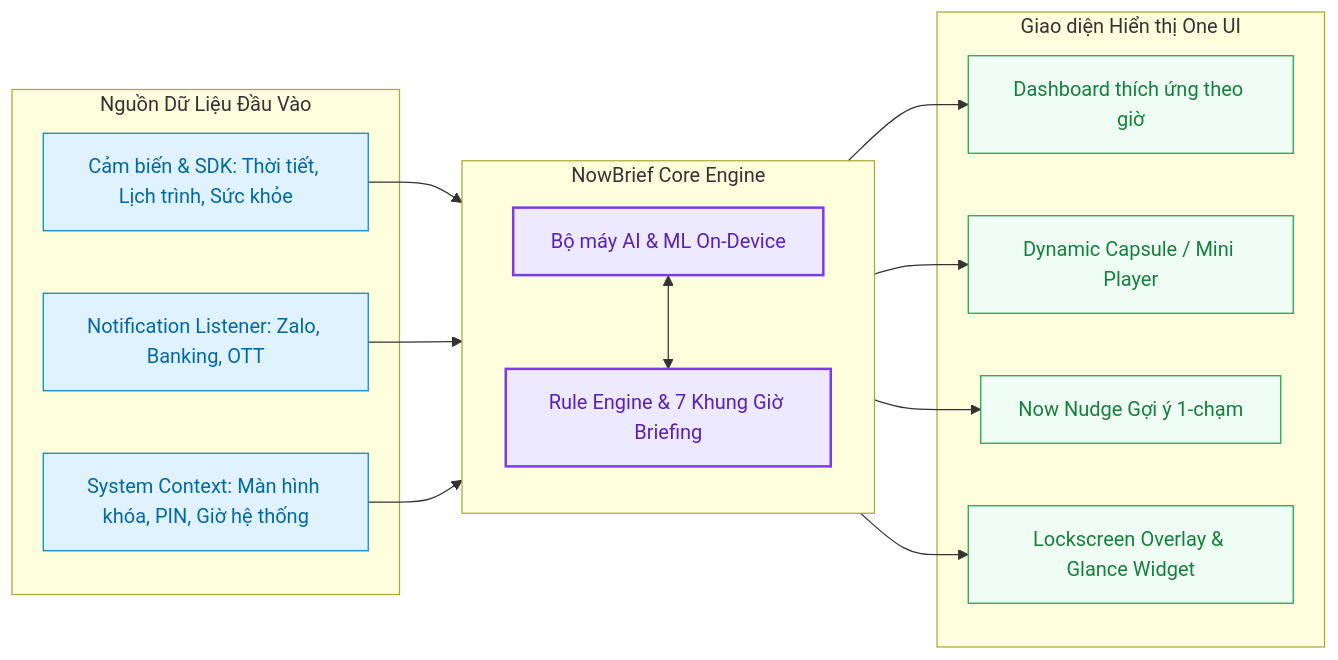
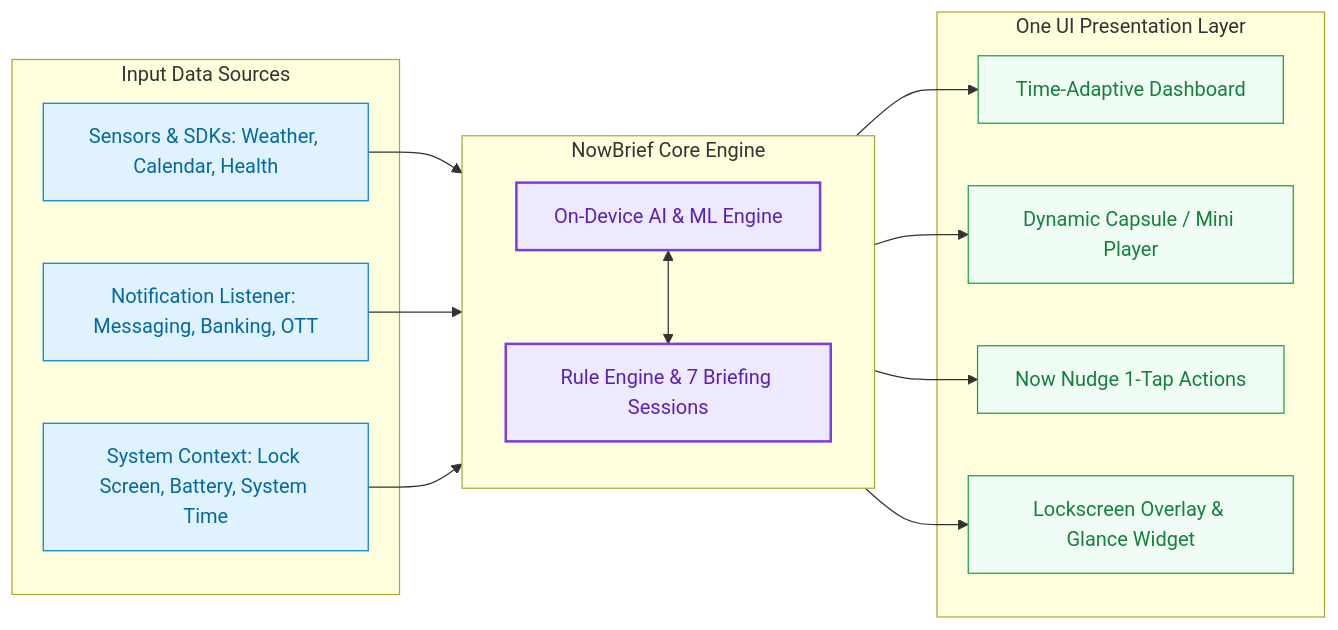
One commit to nafta121/NovaPulse changed the diagram in README.md. Above: the diagram before and after it, drawn with Mermaid. The commit also changed other lines of this file and 69 other files, not shown here.

````diff
--- a/README.md
+++ b/README.md
@@ -15,44 +15,44 @@
 ```mermaid
 graph LR
-    %% Nguồn dữ liệu đầu vào
-    subgraph Input_Sources ["Nguồn Dữ Liệu Đầu Vào"]
-        A[Cảm biến & SDK: Thời tiết, Lịch trình, Sức khỏe]
-        C[Notification Listener: Zalo, Banking, OTT]
-        I[System Context: Màn hình khóa, PIN, Giờ hệ thống]
+    %% Input Data Sources
+    subgraph Input_Sources ["Input Data Sources"]
+        A[Sensors & SDKs: Weather, Calendar, Health]
+        C[Notification Listener: Messaging, Banking, OTT]
+        I[System Context: Lock Screen, Battery, System Time]
     end
 
-    %% Tầng xử lý trung tâm
+    %% Central Processing Layer
     subgraph Core_Engine ["NowBrief Core Engine"]
-        B[Bộ máy AI & ML On-Device]
-        R[Rule Engine & 7 Khung Giờ Briefing]
+        B[On-Device AI & ML Engine]
+        R[Rule Engine & 7 Briefing Sessions]
     end
 
-    %% Tầng hiển thị giao diện
-    subgraph UI_Outputs ["Giao diện Hiển thị One UI"]
-        E[Dashboard thích ứng theo giờ]
+    %% UI Presentation Layer
+    subgraph UI_Outputs ["One UI Presentation Layer"]
+        E[Time-Adaptive Dashboard]
         F[Dynamic Capsule / Mini Player]
-        G[Now Nudge Gợi ý 1-chạm]
+        G[Now Nudge 1-Tap Actions]
         H[Lockscreen Overlay & Glance Widget]
     end
 
-    %% Luồng liên kết
+    %% Data Flow Connections
     A --> Core_Engine
     C --> Core_Engine
     I --> Core_Engine
     
     B <--> R
     
     Core_Engine --> E
     Core_Engine --> F
     Core_Engine --> G
     Core_Engine --> H
 
-    %% Styling màu sắc cho nổi bật
+    %% Highlight Color Styling
     classDef inputStyle fill:#e0f2fe,stroke:#0284c7,stroke-width:1px,color:#0369a1;
     classDef coreStyle fill:#ede9fe,stroke:#7c3aed,stroke-width:2px,color:#5b21b6;
     classDef uiStyle fill:#f0fdf4,stroke:#16a34a,stroke-width:1px,color:#15803d;
 
     class A,C,I inputStyle;
     class B,R coreStyle;
     class E,F,G,H uiStyle;
 ```
````
